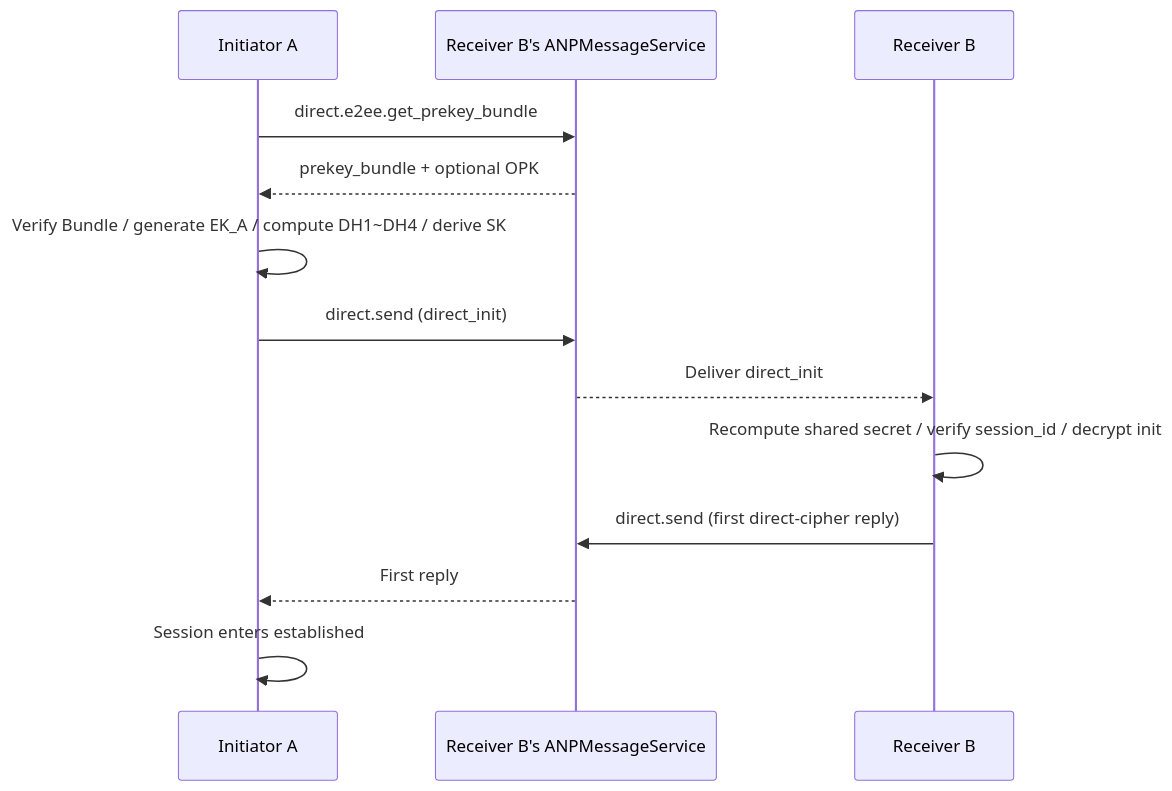
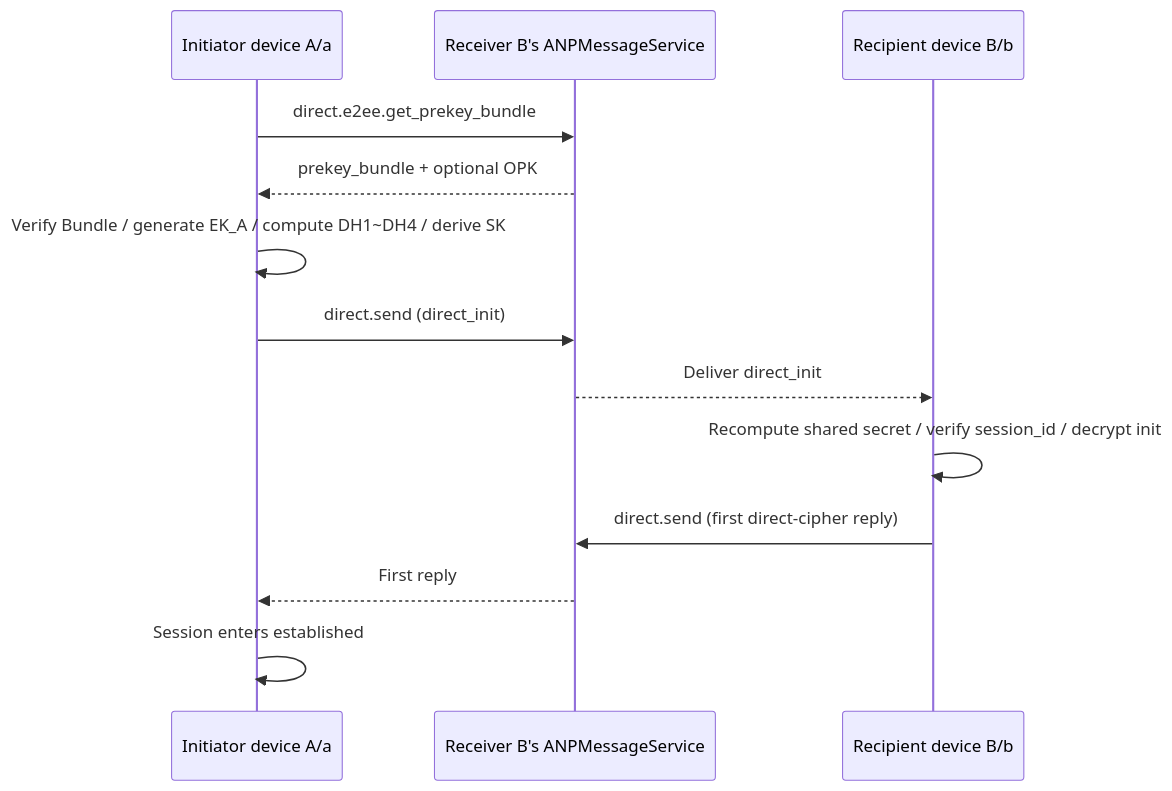
Before and after one commit to NeatNerdPrime/AgentNetworkProtocol: the second of 4 diagrams in message/vnext/05-direct-end-to-end-encryption.md, drawn with Mermaid. The commit also changed other lines of this file and 31 other files, not shown here.

````diff
--- a/message/vnext/05-direct-end-to-end-encryption.md
+++ b/message/vnext/05-direct-end-to-end-encryption.md
@@ -687,16 +745,16 @@
 ```mermaid
 sequenceDiagram
-participant A as Initiator A
+participant A as Initiator device A/a
 participant BS as Receiver B's ANPMessageService
-participant B as Receiver B
+participant B as Recipient device B/b
 
 A->>BS: direct.e2ee.get_prekey_bundle
 BS-->>A: prekey_bundle + optional OPK
 A->>A: Verify Bundle / generate EK_A / compute DH1~DH4 / derive SK
 A->>BS: direct.send (direct_init)
 BS-->>B: Deliver direct_init
 B->>B: Recompute shared secret / verify session_id / decrypt init
 B->>BS: direct.send (first direct-cipher reply)
 BS-->>A: First reply
 A->>A: Session enters established
 ```
````
